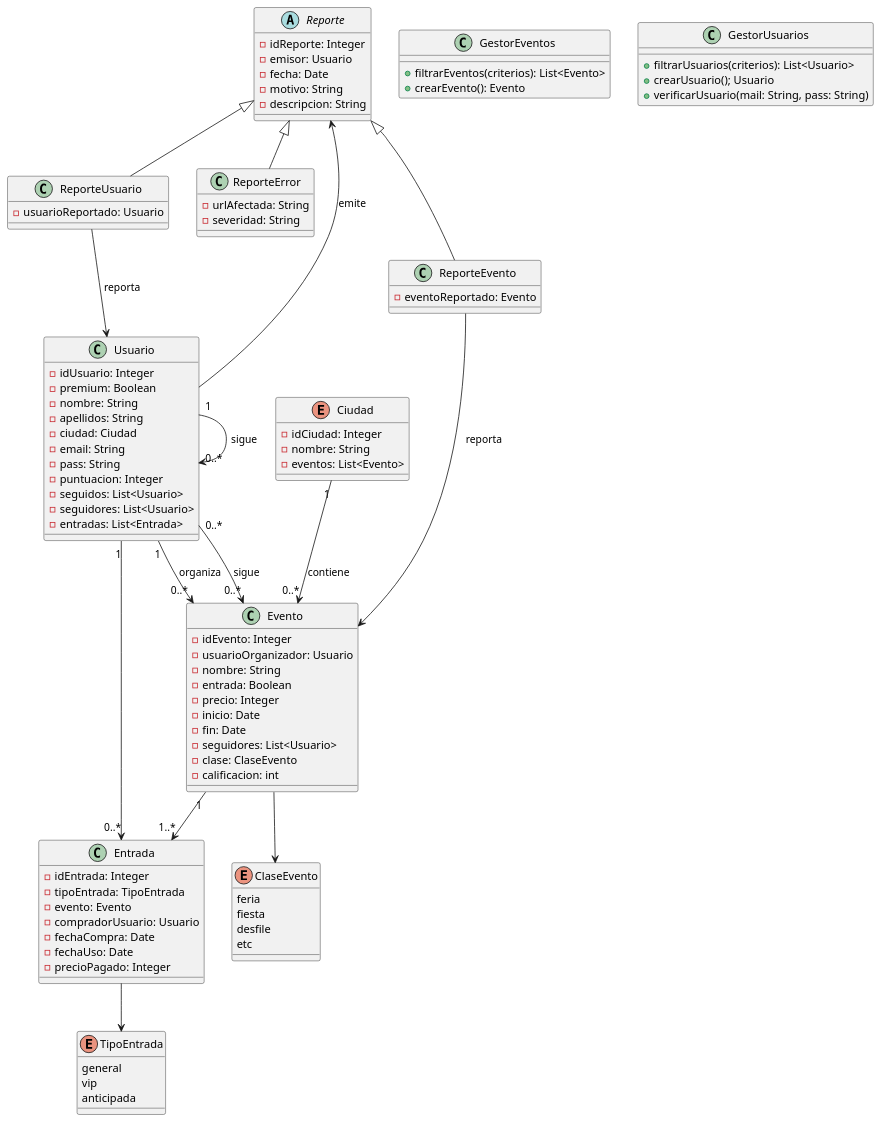
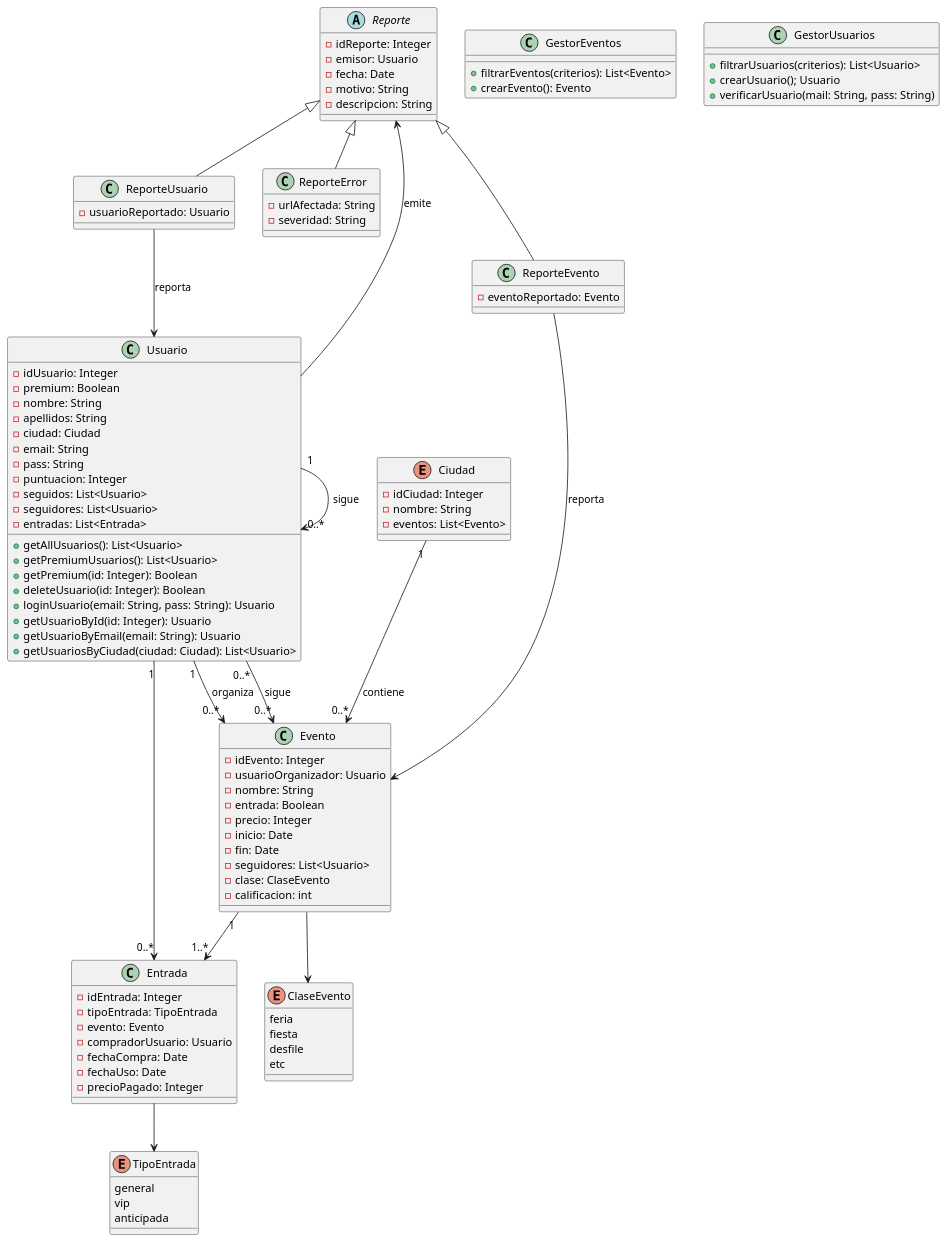
The diagram in extraDoc/classDiagram.puml (ConfusedRebel/CultureClub), drawn with PlantUML before and after one commit. The commit also changed 23 other files, not shown here.

```diff
--- a/extraDoc/classDiagram.puml
+++ b/extraDoc/classDiagram.puml
@@ -2,125 +2,135 @@
 @startuml name  "Diagrama de Clases"
 
 abstract class Reporte {
    - idReporte: Integer
    - emisor: Usuario
    - fecha: Date
    - motivo: String
    - descripcion: String
+   
 }
 
 
 class ReporteUsuario {
    - usuarioReportado: Usuario
 }
 
 
 class ReporteError {
    - urlAfectada: String
    - severidad: String
 }
 
 
 class ReporteEvento {
    - eventoReportado: Evento
 }
 
 
 enum ClaseEvento {
    feria
    fiesta
    desfile
    etc
 }
 
 
 class Evento {
    - idEvento: Integer
    - usuarioOrganizador: Usuario
    - nombre: String
    - entrada: Boolean
    - precio: Integer
    - inicio: Date
    - fin: Date
    - seguidores: List<Usuario>
    - clase: ClaseEvento
    - calificacion: int
 }
 
 
 enum Ciudad {
    - idCiudad: Integer
    - nombre: String
    - eventos: List<Evento>
 }
 
 
 class Usuario {
    - idUsuario: Integer
    - premium: Boolean
    - nombre: String
    - apellidos: String
    - ciudad: Ciudad
    - email: String
    - pass: String
    - puntuacion: Integer
    - seguidos: List<Usuario>
    - seguidores: List<Usuario>
    - entradas: List<Entrada>
+
+   + getAllUsuarios(): List<Usuario>
+   + getPremiumUsuarios(): List<Usuario>
+   + getPremium(id: Integer): Boolean
+   + deleteUsuario(id: Integer): Boolean
+   + loginUsuario(email: String, pass: String): Usuario
+   + getUsuarioById(id: Integer): Usuario
+   + getUsuarioByEmail(email: String): Usuario
+   + getUsuariosByCiudad(ciudad: Ciudad): List<Usuario>
 }
 
 
 class Entrada {
    - idEntrada: Integer
    - tipoEntrada: TipoEntrada
    - evento: Evento
    - compradorUsuario: Usuario
    - fechaCompra: Date
    - fechaUso: Date
    - precioPagado: Integer
 }
 
 
 class GestorEventos {
    + filtrarEventos(criterios): List<Evento>
    + crearEvento(): Evento
 }
 
 
 class GestorUsuarios{
    + filtrarUsuarios(criterios): List<Usuario>
    + crearUsuario(); Usuario
    + verificarUsuario(mail: String, pass: String)
 }
 
 
 enum TipoEntrada {
    general
    vip
    anticipada
 }
 
 
 
 
 
 
 Usuario --> Reporte : emite
 Reporte <|-- ReporteUsuario
 Reporte <|-- ReporteError
 Reporte <|-- ReporteEvento
 ReporteUsuario --> Usuario : reporta
 ReporteEvento --> Evento : reporta
 Usuario "1" --> "0..*" Evento : organiza
 Usuario "0..*" --> "0..*" Evento : sigue
 Usuario "1" --> "0..*" Usuario : sigue
 Evento --> ClaseEvento
 Entrada --> TipoEntrada
 Ciudad "1" --> "0..*" Evento : contiene
 Usuario "1" --> "0..*" Entrada
 Evento "1" --> "1..*" Entrada
 
 
 
 
 @enduml
```
